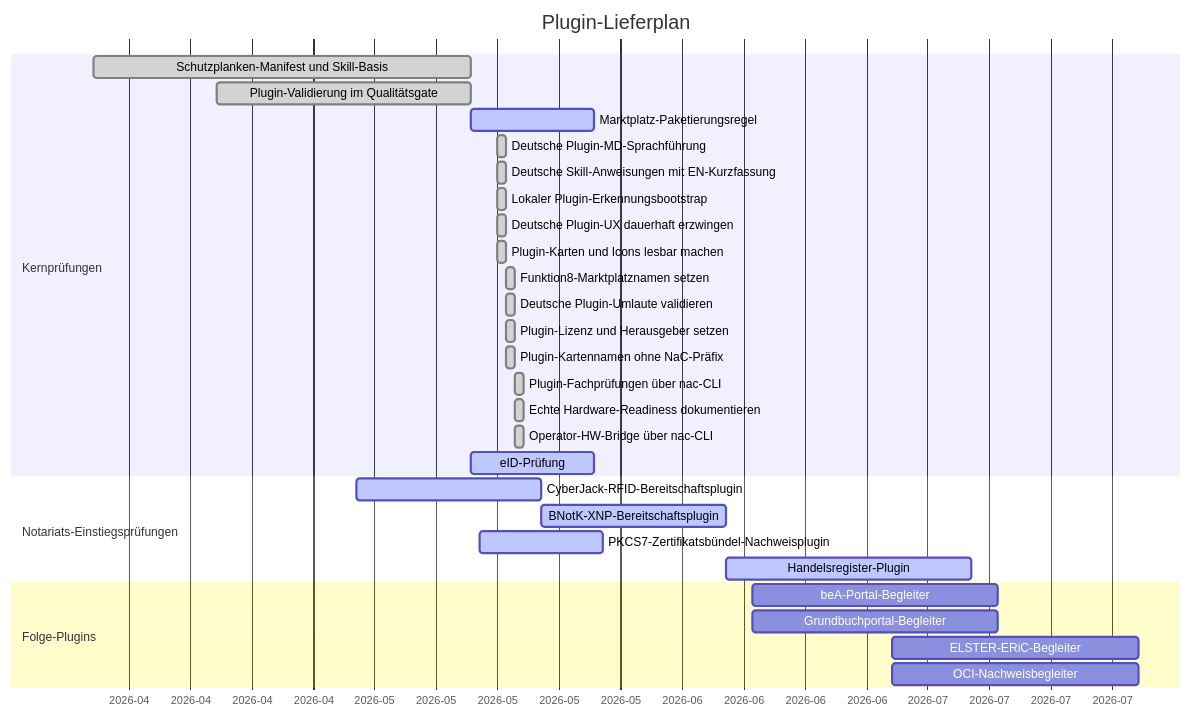
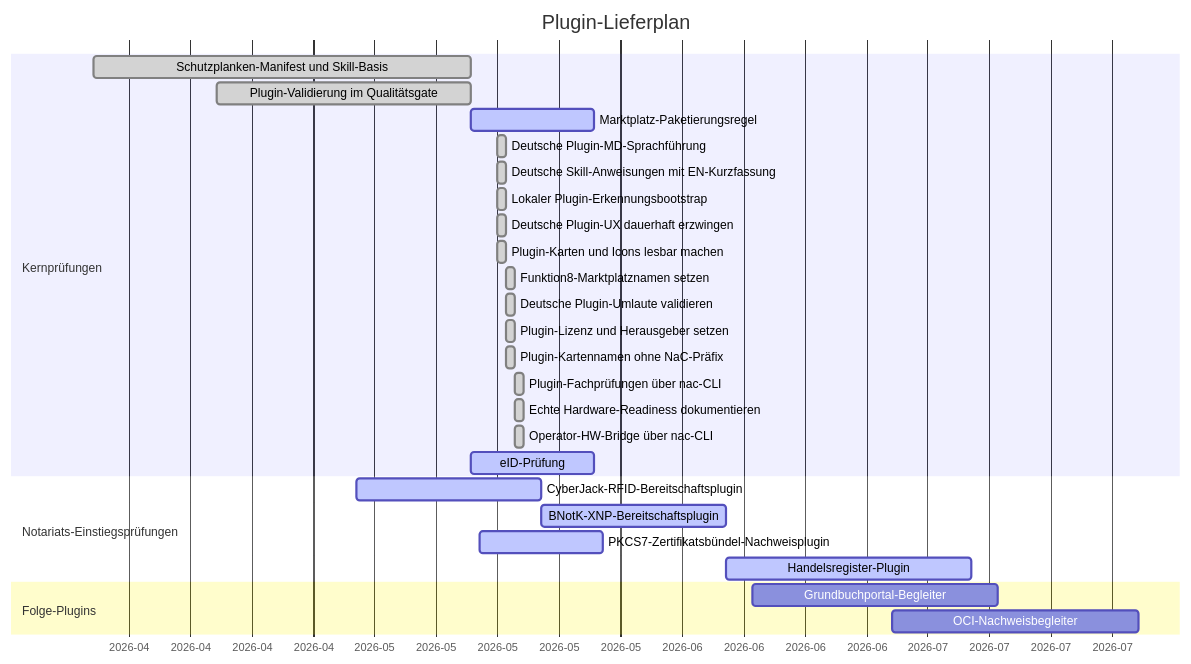
Before and after one commit to notariat8/NaC: the diagram in plugins/GANTT.md, drawn with Mermaid. The commit also changed other lines of this file and 175 other files, not shown here.

````diff
--- a/plugins/GANTT.md
+++ b/plugins/GANTT.md
@@ -5,36 +5,34 @@
 ```mermaid
 gantt
     title Plugin-Lieferplan
     dateFormat  YYYY-MM-DD
     axisFormat  %Y-%m
 
     section Kernprüfungen
     Schutzplanken-Manifest und Skill-Basis     :done,   p1, 2026-04-01, 2026-05-14
     Plugin-Validierung im Qualitätsgate       :done,   p2, 2026-04-15, 2026-05-14
     Marktplatz-Paketierungsregel               :active, p3, 2026-05-14, 14d
     Deutsche Plugin-MD-Sprachführung          :done,   p3a, 2026-05-17, 1d
     Deutsche Skill-Anweisungen mit EN-Kurzfassung :done, p3b, 2026-05-17, 1d
     Lokaler Plugin-Erkennungsbootstrap          :done,   p3c, 2026-05-17, 1d
     Deutsche Plugin-UX dauerhaft erzwingen      :done,   p3d, 2026-05-17, 1d
     Plugin-Karten und Icons lesbar machen       :done,   p3e, 2026-05-17, 1d
     Funktion8-Marktplatznamen setzen            :done,   p3f, 2026-05-18, 1d
     Deutsche Plugin-Umlaute validieren           :done,   p3g, 2026-05-18, 1d
     Plugin-Lizenz und Herausgeber setzen         :done,   p3h, 2026-05-18, 1d
     Plugin-Kartennamen ohne NaC-Präfix           :done,   p3i, 2026-05-18, 1d
     Plugin-Fachprüfungen über nac-CLI            :done,   p3j, 2026-05-19, 1d
     Echte Hardware-Readiness dokumentieren       :done,   p3k, 2026-05-19, 1d
     Operator-HW-Bridge über nac-CLI              :done,   p3l, 2026-05-19, 1d
     eID-Prüfung                            :active, p4, 2026-05-14, 14d
 
     section Notariats-Einstiegsprüfungen
     CyberJack-RFID-Bereitschaftsplugin         :active, p5, 2026-05-01, 21d
     BNotK-XNP-Bereitschaftsplugin              :active, p6, after p5, 21d
     PKCS7-Zertifikatsbündel-Nachweisplugin    :active, p6a, 2026-05-15, 14d
     Handelsregister-Plugin                     :active, p7, after p6, 28d
 
     section Folge-Plugins
-    beA-Portal-Begleiter                       :        p8, 2026-06-15, 28d
     Grundbuchportal-Begleiter                  :        p9, 2026-06-15, 28d
-    ELSTER-ERiC-Begleiter                      :        p10, 2026-07-01, 28d
     OCI-Nachweisbegleiter                      :        p11, 2026-07-01, 28d
 ```
````
